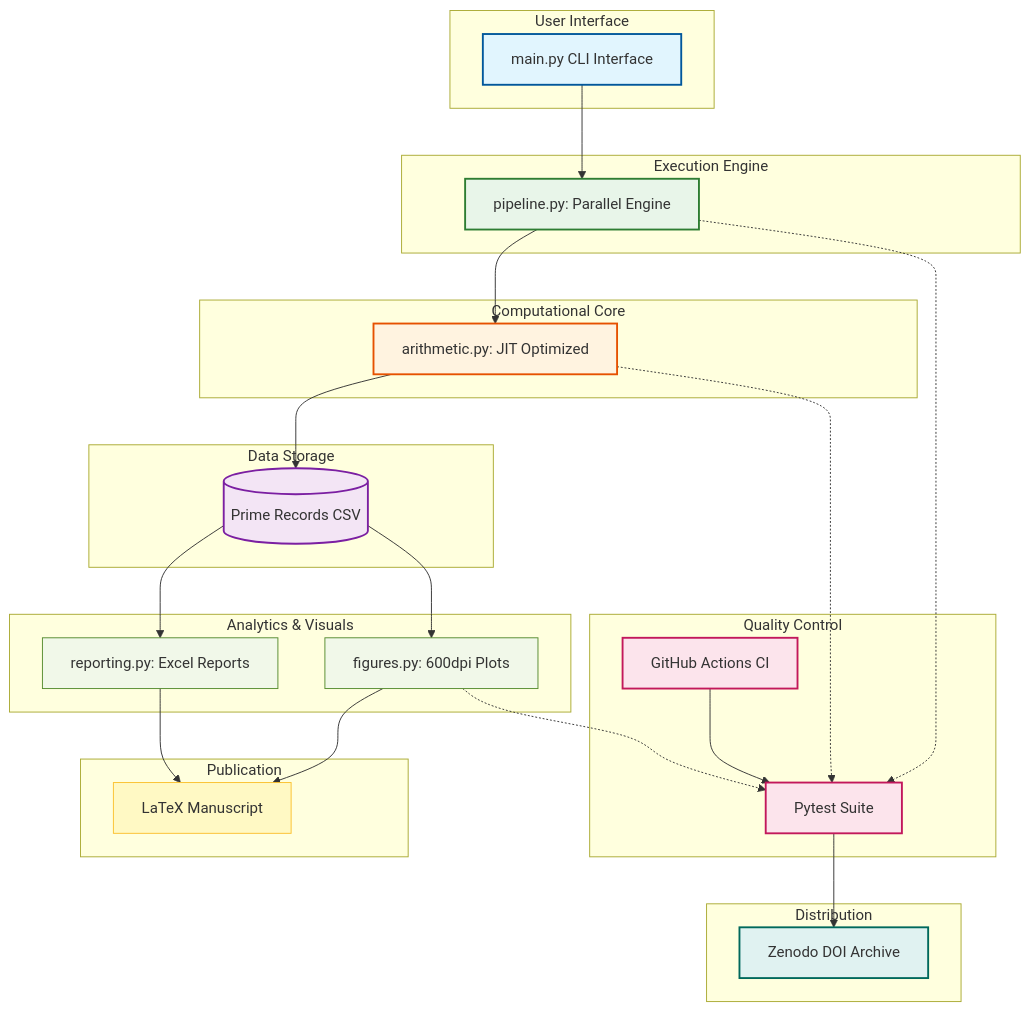
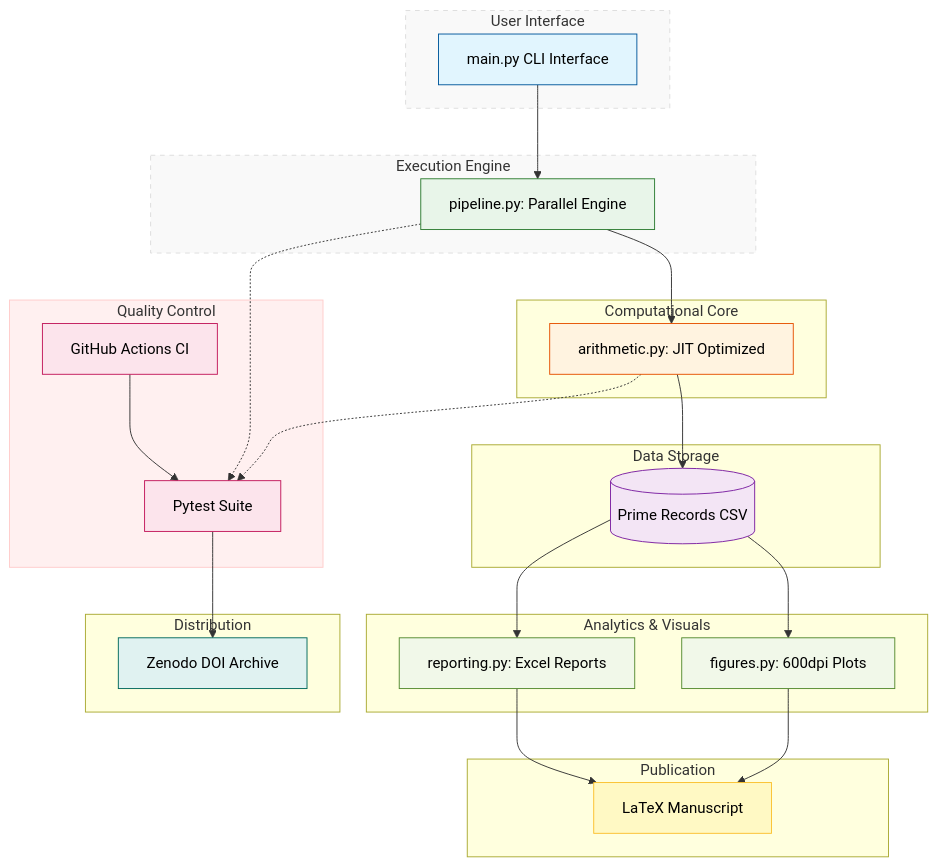
Before and after one commit to Majid-Ghandali/fibonacci-cm-elliptic: the diagram in README.md, drawn with Mermaid.

Commit message:
Refine flowchart styles in README.md
Updated styles for flowchart elements in README.md to enhance visibility and organization.

````diff
--- a/README.md
+++ b/README.md
@@ -73,67 +73,67 @@
 ```mermaid
 
+
 flowchart TD
-    %% تعریف مستقیم رنگ‌ها برای جلوگیری از خطا
-    style CLI fill:#e1f5fe,stroke:#01579b,stroke-width:2px
-    style PIPE fill:#e8f5e9,stroke:#2e7d32,stroke-width:2px
-    style ARITH fill:#fff3e0,stroke:#e65100,stroke-width:2px
-    style CSV fill:#f3e5f5,stroke:#7b1fa2,stroke-width:2px
-    style REPORT fill:#f1f8e9,stroke:#558b2f,stroke-width:1px
-    style FIG fill:#f1f8e9,stroke:#558b2f,stroke-width:1px
-    style PAPER fill:#fff9c4,stroke:#fbc02d,stroke-width:1px
-    style CI fill:#fce4ec,stroke:#c2185b,stroke-width:2px
-    style TEST fill:#fce4ec,stroke:#c2185b,stroke-width:2px
-    style ZENODO fill:#e0f2f1,stroke:#00695c,stroke-width:2px
+    %% تعریف استایل کادرهای پس‌زمینه (subgraph)
+    style User_Interface fill:#f9f9f9,stroke:#ddd,stroke-dasharray: 5 5
+    style Execution_Engine fill:#f9f9f9,stroke:#ddd,stroke-dasharray: 5 5
+    style Quality_Control fill:#fff0f0,stroke:#ffcccb
+
+    %% استایل باکس‌ها (متن مشکی با color:#000)
+    style CLI fill:#E1F5FE,stroke:#01579B,color:#000
+    style PIPE fill:#E8F5E9,stroke:#2E7D32,color:#000
+    style ARITH fill:#FFF3E0,stroke:#E65100,color:#000
+    style CSV fill:#F3E5F5,stroke:#7B1FA2,color:#000
+    style REPORT fill:#F1F8E9,stroke:#558B2F,color:#000
+    style FIG fill:#F1F8E9,stroke:#558B2F,color:#000
+    style PAPER fill:#FFF9C4,stroke:#FBC02D,color:#000
+    style CI fill:#FCE4EC,stroke:#C2185B,color:#000
+    style TEST fill:#FCE4EC,stroke:#C2185B,color:#000
+    style ZENODO fill:#E0F2F1,stroke:#00695C,color:#000
 
     subgraph User_Interface [User Interface]
         CLI[main.py CLI Interface]
     end
 
     subgraph Execution_Engine [Execution Engine]
         PIPE[pipeline.py: Parallel Engine]
     end
 
     subgraph Computational_Core [Computational Core]
         ARITH[arithmetic.py: JIT Optimized]
     end
 
     subgraph Data_Storage [Data Storage]
         CSV[(Prime Records CSV)]
     end
 
     subgraph Analytics_Output [Analytics & Visuals]
         REPORT[reporting.py: Excel Reports]
         FIG[figures.py: 600dpi Plots]
     end
 
     subgraph Publication [Publication]
         PAPER[LaTeX Manuscript]
     end
 
     subgraph Quality_Control [Quality Control]
         CI[GitHub Actions CI]
         TEST[Pytest Suite]
     end
 
     subgraph Distribution [Distribution]
         ZENODO[Zenodo DOI Archive]
     end
 
-    %% اتصالات با فلش‌های یکسان و منظم
     CLI --> PIPE
     PIPE --> ARITH
     ARITH --> CSV
     CSV --> REPORT
     CSV --> FIG
     REPORT --> PAPER
     FIG --> PAPER
-    
-    %% بخش تست و توزیع
     CI --> TEST
     TEST --> ZENODO
-
-    %% خط‌چین برای نظارت
     PIPE -.-> TEST
     ARITH -.-> TEST
-    FIG -.-> TEST
 ```
````
